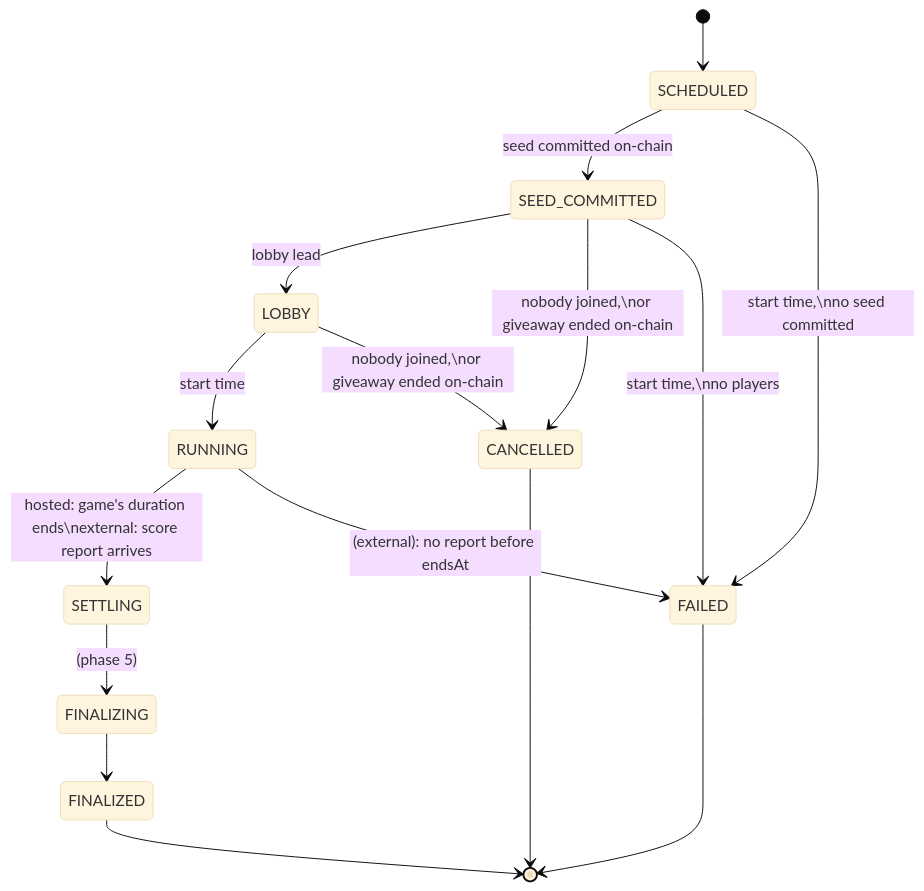
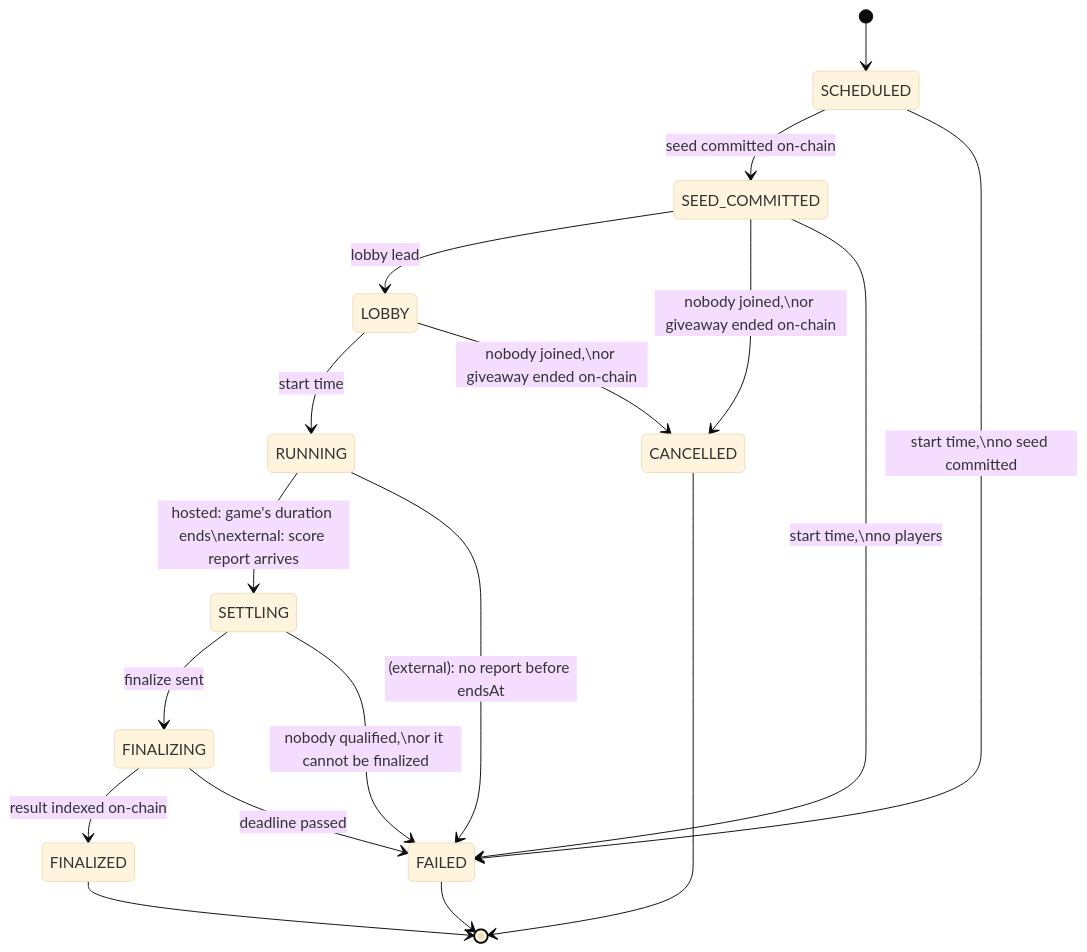
One commit to bolajahmad/fairdrops-app changed the second of 2 diagrams in docs/game-runtime.md. Above: the diagram before and after it, drawn with Mermaid (base theme). The commit also changed other lines of this file and 96 other files, not shown here.

Commit message:
implemented the full giveaway settlement to finalzation to payout flow; added reusable SDKs for web/api/external integrators

````diff
--- a/docs/game-runtime.md
+++ b/docs/game-runtime.md
@@ -87,24 +86,26 @@
 ```mermaid
 stateDiagram-v2
     [*] --> SCHEDULED
 
     SCHEDULED --> SEED_COMMITTED: seed committed on-chain
     SCHEDULED --> FAILED: start time,\nno seed committed
 
     SEED_COMMITTED --> LOBBY: lobby lead
     SEED_COMMITTED --> CANCELLED: nobody joined,\nor giveaway ended on-chain
     SEED_COMMITTED --> FAILED: start time,\nno players
 
     LOBBY --> RUNNING: start time
     LOBBY --> CANCELLED: nobody joined,\nor giveaway ended on-chain
 
     RUNNING --> SETTLING: hosted: game's duration ends\nexternal: score report arrives
     RUNNING --> FAILED: (external): no report before endsAt
 
-    SETTLING --> FINALIZING: (phase 5)
-    FINALIZING --> FINALIZED
+    SETTLING --> FINALIZING: finalize sent
+    FINALIZING --> FINALIZED: result indexed on-chain
+    SETTLING --> FAILED: nobody qualified,\nor it cannot be finalized
+    FINALIZING --> FAILED: deadline passed
 
     CANCELLED --> [*]
     FAILED --> [*]
     FINALIZED --> [*]
 ```
````
